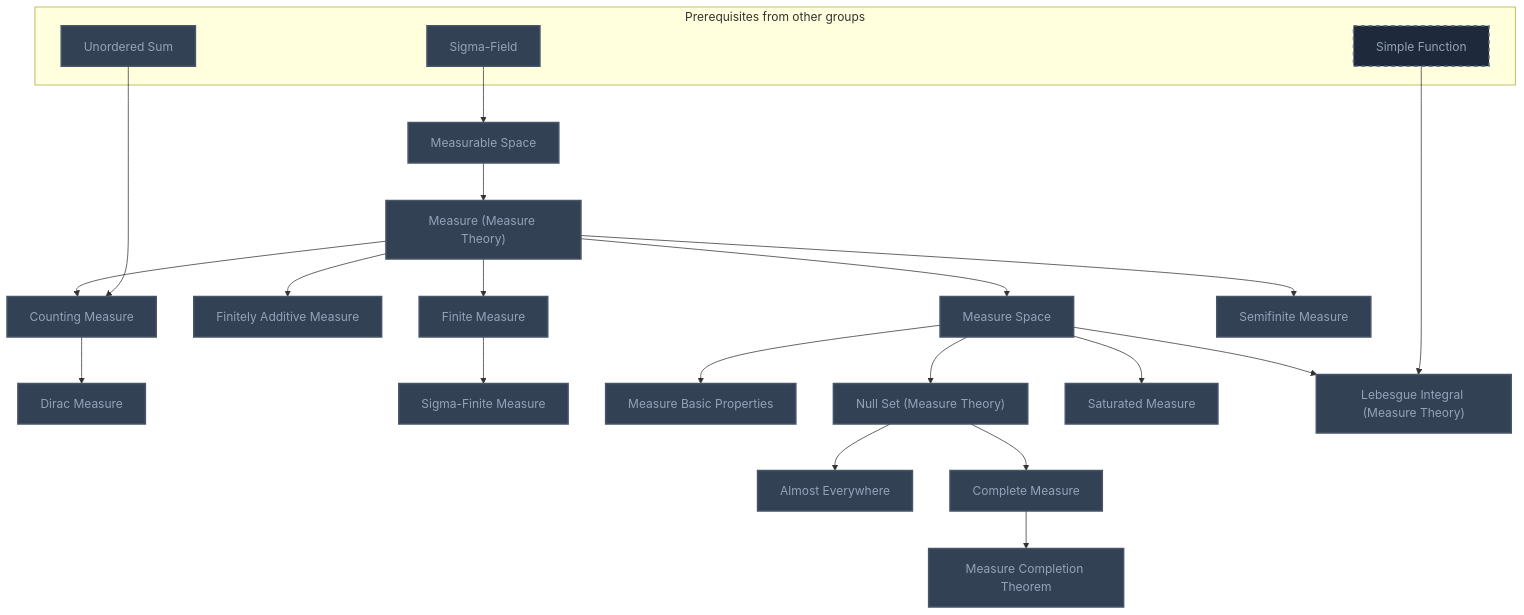
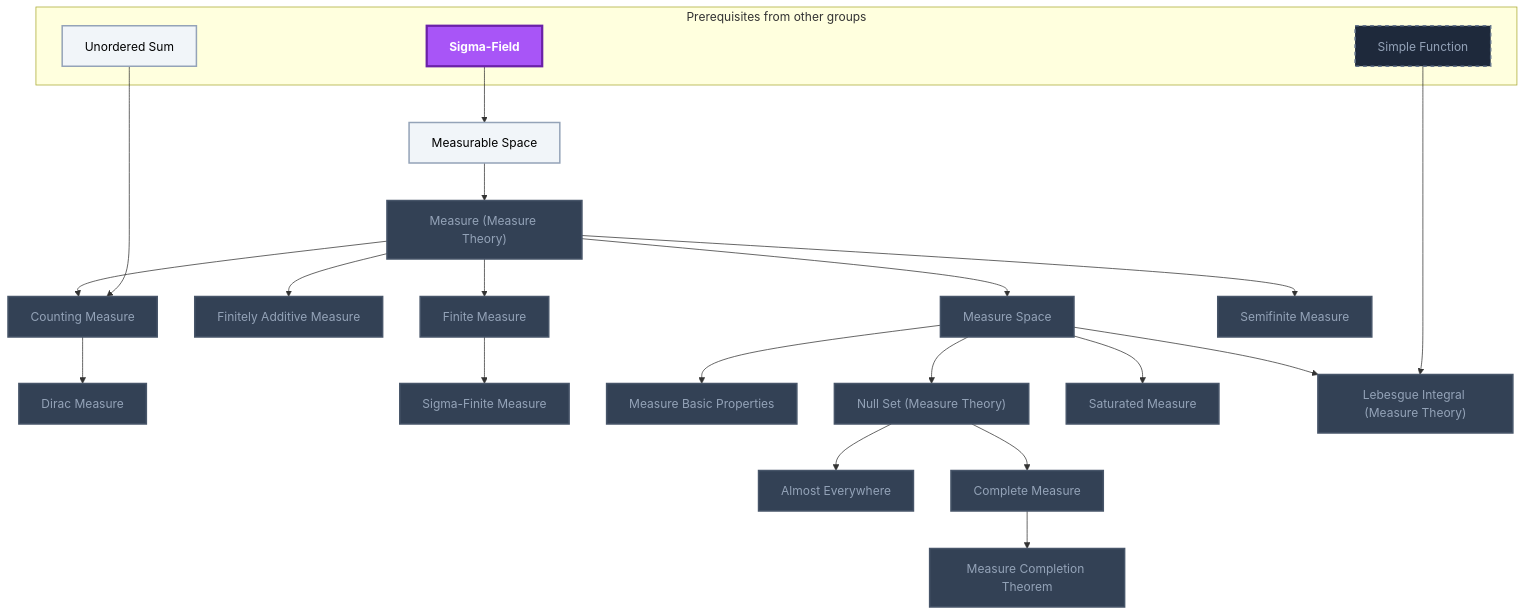
One commit to MRauf1/My-Notes changed the ninth of 13 diagrams in Gamification/Skill Trees/Measure Theory.md. Above: the diagram before and after it, drawn with Mermaid. The commit also changed other lines of this file and 145 other files, not shown here.

````diff
--- a/Gamification/Skill Trees/Measure Theory.md
+++ b/Gamification/Skill Trees/Measure Theory.md
@@ -301,54 +307,56 @@
 ```mermaid
 flowchart TD
     classDef planned fill:#1E293B,stroke:#64748B,stroke-width:2px,stroke-dasharray:5 5,color:#94A3B8;
     classDef locked fill:#334155,stroke:#475569,stroke-width:2px,color:#94A3B8;
     classDef L0 fill:#F1F5F9,stroke:#94A3B8,stroke-width:2px,color:#000000;
     classDef L1 fill:#22C55E,stroke:#15803D,stroke-width:2px,color:#000000;
     classDef L2 fill:#3B82F6,stroke:#1D4ED8,stroke-width:3px,color:#FFFFFF;
     classDef L3 fill:#A855F7,stroke:#6B21A8,stroke-width:3px,color:#FFFFFF,font-weight:bold;
     classDef L4 fill:#F97316,stroke:#C2410C,stroke-width:4px,color:#000000,font-weight:bold;
     classDef L5 fill:#FFD700,stroke:#FF8C00,stroke-width:5px,color:#000000,font-weight:bold;
     classDef rusty stroke:#8B4513,stroke-width:4px,stroke-dasharray:3 3;
     subgraph sg_prereqs["Prerequisites from other groups"]
         n_sigma_field["Sigma-Field"]
         n_unordered_sum["Unordered Sum"]
         n_simple_function["Simple Function"]
     end
     n_measurable_space["Measurable Space"]
     n_measure_space["Measure Space"]
     n_finitely_additive_measure["Finitely Additive Measure"]
     n_counting_measure["Counting Measure"]
     n_dirac_measure["Dirac Measure"]
     n_finite_measure["Finite Measure"]
     n_sigma_finite_measure["Sigma-Finite Measure"]
     n_semifinite_measure["Semifinite Measure"]
     n_measure_basic_properties["Measure Basic Properties"]
     n_null_set_measure_theory["Null Set (Measure Theory)"]
     n_almost_everywhere["Almost Everywhere"]
     n_complete_measure["Complete Measure"]
     n_measure_completion_theorem["Measure Completion Theorem"]
     n_saturated_measure["Saturated Measure"]
     n_lebesgue_integral_measure_theory["Lebesgue Integral (Measure Theory)"]
     n_measure_measure_theory["Measure (Measure Theory)"]
     n_sigma_field --> n_measurable_space
     n_measure_measure_theory --> n_measure_space
     n_measure_measure_theory --> n_finitely_additive_measure
     n_measure_measure_theory --> n_counting_measure
     n_unordered_sum --> n_counting_measure
     n_counting_measure --> n_dirac_measure
     n_measure_measure_theory --> n_finite_measure
     n_finite_measure --> n_sigma_finite_measure
     n_measure_measure_theory --> n_semifinite_measure
     n_measure_space --> n_measure_basic_properties
     n_measure_space --> n_null_set_measure_theory
     n_null_set_measure_theory --> n_almost_everywhere
     n_null_set_measure_theory --> n_complete_measure
     n_complete_measure --> n_measure_completion_theorem
     n_measure_space --> n_saturated_measure
     n_measure_space --> n_lebesgue_integral_measure_theory
     n_simple_function --> n_lebesgue_integral_measure_theory
     n_measurable_space --> n_measure_measure_theory
     class n_simple_function planned;
-    class n_sigma_field,n_unordered_sum,n_measurable_space,n_measure_space,n_finitely_additive_measure,n_counting_measure,n_dirac_measure,n_finite_measure,n_sigma_finite_measure,n_semifinite_measure,n_measure_basic_properties,n_null_set_measure_theory,n_almost_everywhere,n_complete_measure,n_measure_completion_theorem,n_saturated_measure,n_lebesgue_integral_measure_theory,n_measure_measure_theory locked;
+    class n_measure_space,n_finitely_additive_measure,n_counting_measure,n_dirac_measure,n_finite_measure,n_sigma_finite_measure,n_semifinite_measure,n_measure_basic_properties,n_null_set_measure_theory,n_almost_everywhere,n_complete_measure,n_measure_completion_theorem,n_saturated_measure,n_lebesgue_integral_measure_theory,n_measure_measure_theory locked;
+    class n_unordered_sum,n_measurable_space L0;
+    class n_sigma_field L3;
     class n_sigma_field,n_unordered_sum,n_measurable_space,n_measure_space,n_finitely_additive_measure,n_counting_measure,n_dirac_measure,n_finite_measure,n_sigma_finite_measure,n_semifinite_measure,n_measure_basic_properties,n_null_set_measure_theory,n_almost_everywhere,n_complete_measure,n_measure_completion_theorem,n_saturated_measure,n_lebesgue_integral_measure_theory,n_measure_measure_theory internal-link;
 ```
````
